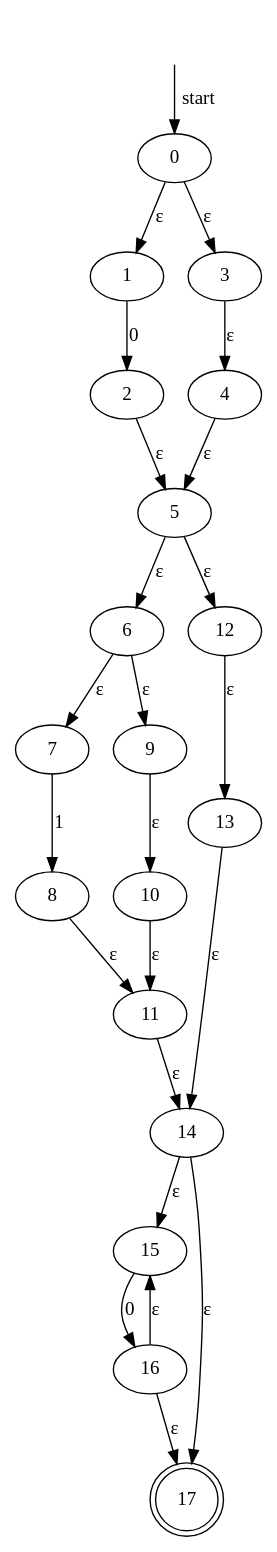
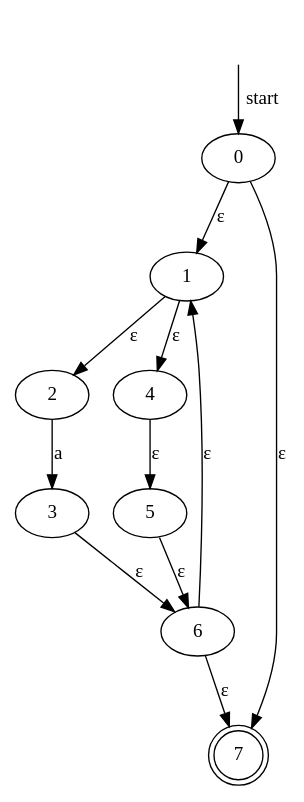
One commit to EstebanAG1005/LaboratorioA-Dise-o-de-Lenguajes changed the diagram in nfa.gv. Above: the diagram before and after it, drawn with Graphviz. The commit also changed 5 other files, not shown here.

```diff
--- a/nfa.gv
+++ b/nfa.gv
@@ -1,43 +1,21 @@
 digraph {
 	"" [shape=none style=invisible]
 	"" -> 0 [label=start]
 	1 [label=1]
 	2 [label=2]
 	3 [label=3]
 	4 [label=4]
 	5 [label=5]
 	6 [label=6]
-	7 [label=7]
-	8 [label=8]
-	9 [label=9]
-	10 [label=10]
-	11 [label=11]
-	12 [label=12]
-	13 [label=13]
-	14 [label=14]
-	15 [label=15]
-	16 [label=16]
-	17 [label=17 shape=doublecircle]
+	7 [label=7 shape=doublecircle]
 	0 -> 1 [label="ε"]
-	0 -> 3 [label="ε"]
-	1 -> 2 [label=0]
-	3 -> 4 [label="ε"]
-	2 -> 5 [label="ε"]
+	0 -> 7 [label="ε"]
+	1 -> 2 [label="ε"]
+	1 -> 4 [label="ε"]
+	2 -> 3 [label=a]
 	4 -> 5 [label="ε"]
+	3 -> 6 [label="ε"]
 	5 -> 6 [label="ε"]
-	5 -> 12 [label="ε"]
+	6 -> 1 [label="ε"]
 	6 -> 7 [label="ε"]
-	6 -> 9 [label="ε"]
-	7 -> 8 [label=1]
-	9 -> 10 [label="ε"]
-	8 -> 11 [label="ε"]
-	10 -> 11 [label="ε"]
-	12 -> 13 [label="ε"]
-	11 -> 14 [label="ε"]
-	13 -> 14 [label="ε"]
-	14 -> 15 [label="ε"]
-	14 -> 17 [label="ε"]
-	15 -> 16 [label=0]
-	16 -> 15 [label="ε"]
-	16 -> 17 [label="ε"]
 }
```
